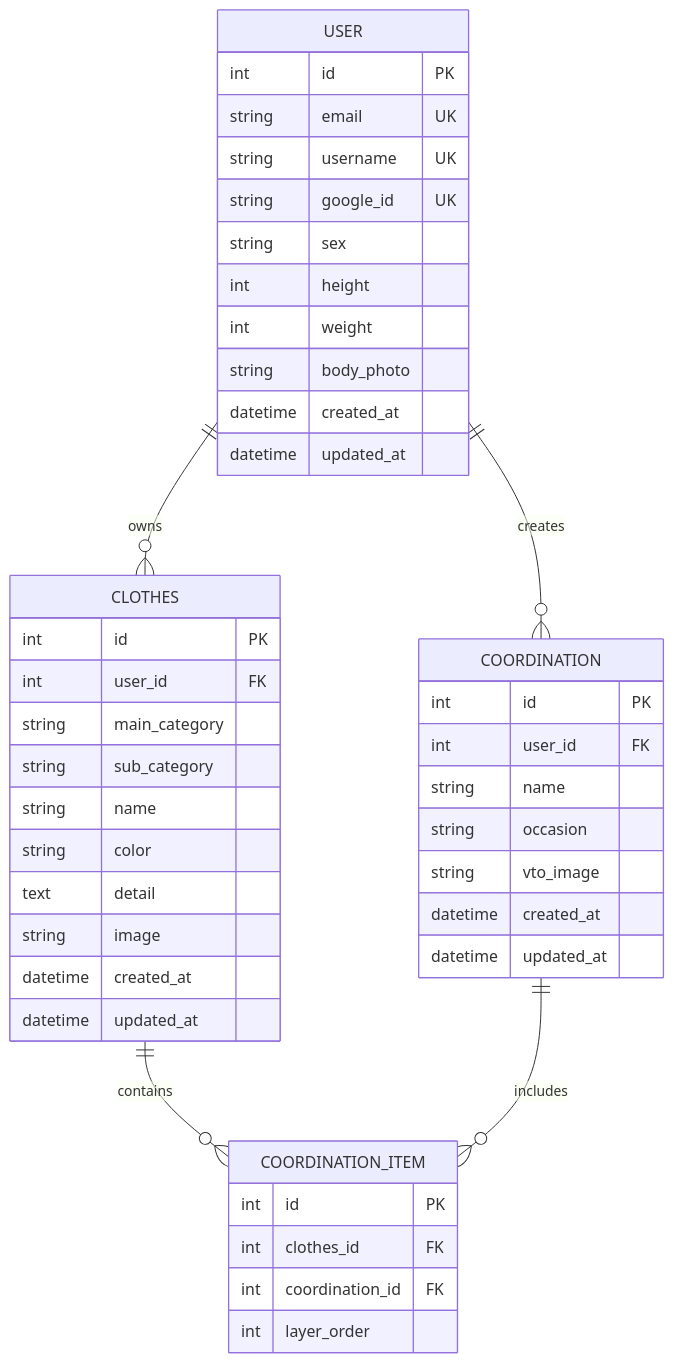
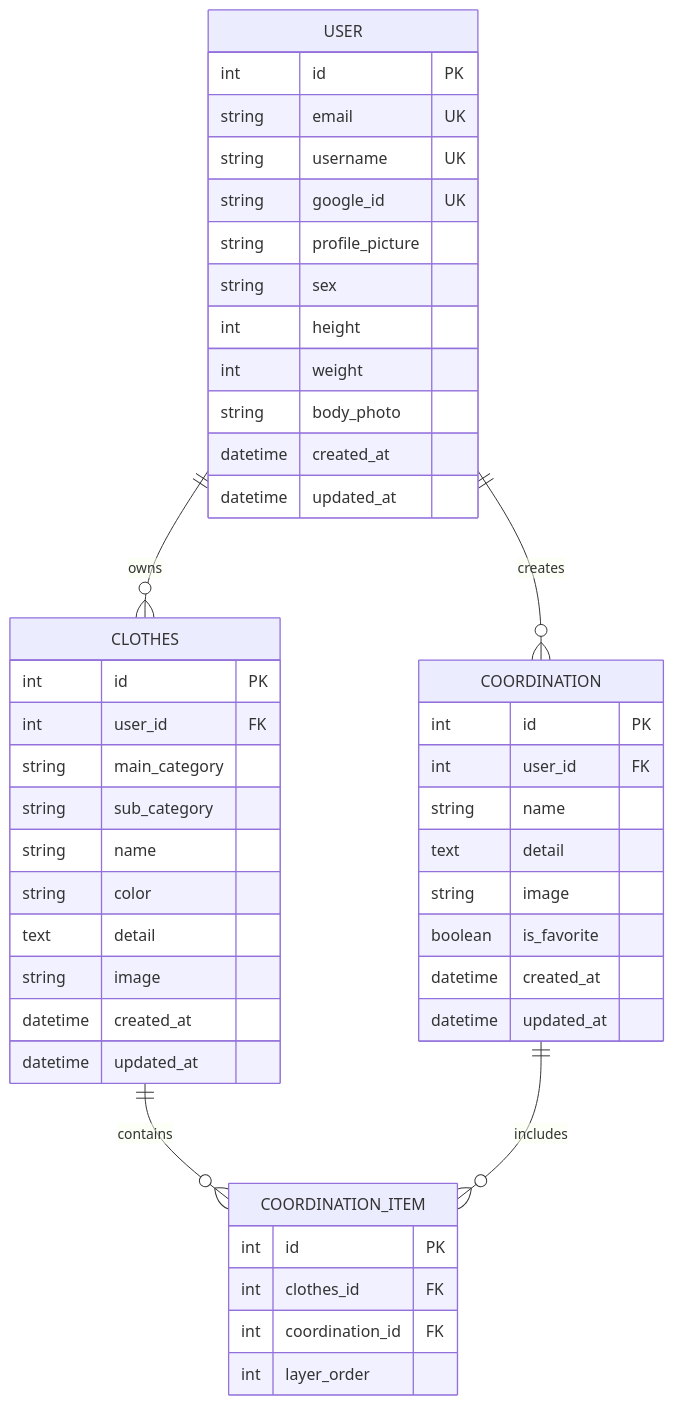
The second of 2 diagrams in README.md (deltaomega02/orbit), drawn with Mermaid before and after one commit. The commit also changed other lines of this file and 5 other files, not shown here.

````diff
--- a/README.md
+++ b/README.md
@@ -203,50 +207,52 @@
 ```mermaid
 erDiagram
     USER ||--o{ CLOTHES : owns
     USER ||--o{ COORDINATION : creates
     CLOTHES ||--o{ COORDINATION_ITEM : contains
     COORDINATION ||--o{ COORDINATION_ITEM : includes
 
     USER {
         int id PK
         string email UK
         string username UK
         string google_id UK
+        string profile_picture
         string sex
         int height
         int weight
         string body_photo
         datetime created_at
         datetime updated_at
     }
 
     CLOTHES {
         int id PK
         int user_id FK
         string main_category
         string sub_category
         string name
         string color
         text detail
         string image
         datetime created_at
         datetime updated_at
     }
 
     COORDINATION {
         int id PK
         int user_id FK
         string name
-        string occasion
-        string vto_image
+        text detail
+        string image
+        boolean is_favorite
         datetime created_at
         datetime updated_at
     }
 
     COORDINATION_ITEM {
         int id PK
         int clothes_id FK
         int coordination_id FK
         int layer_order
     }
 ```
````
